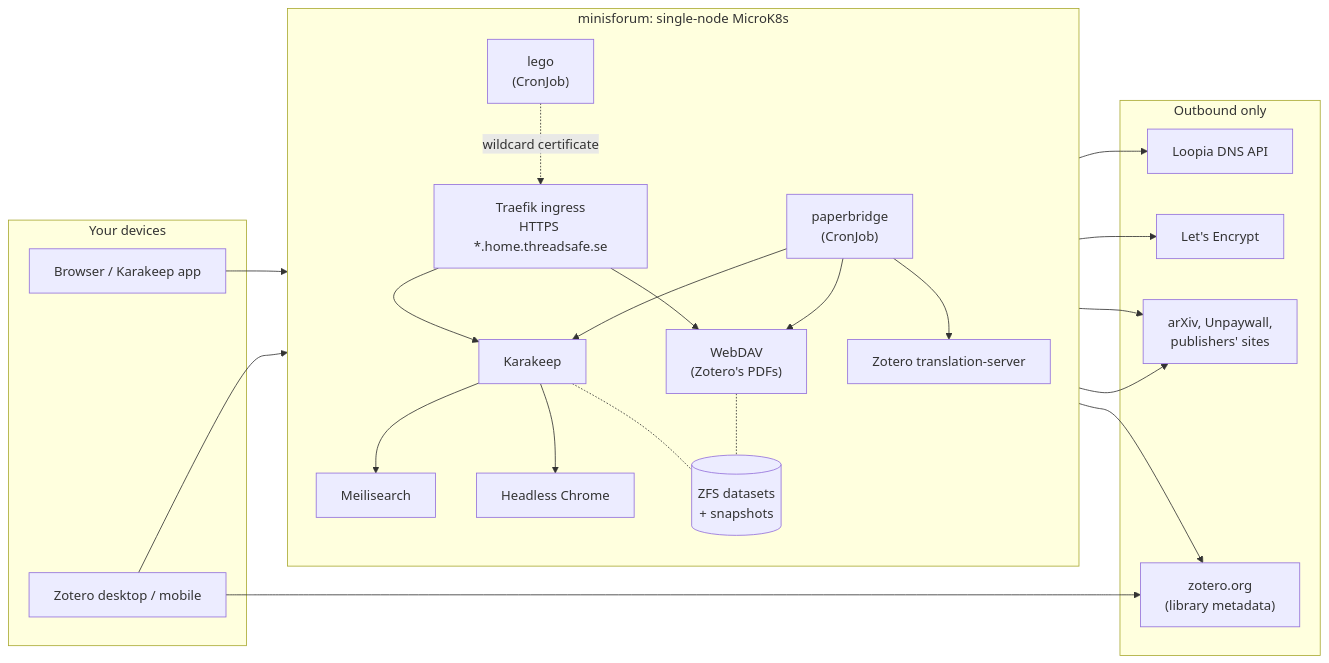
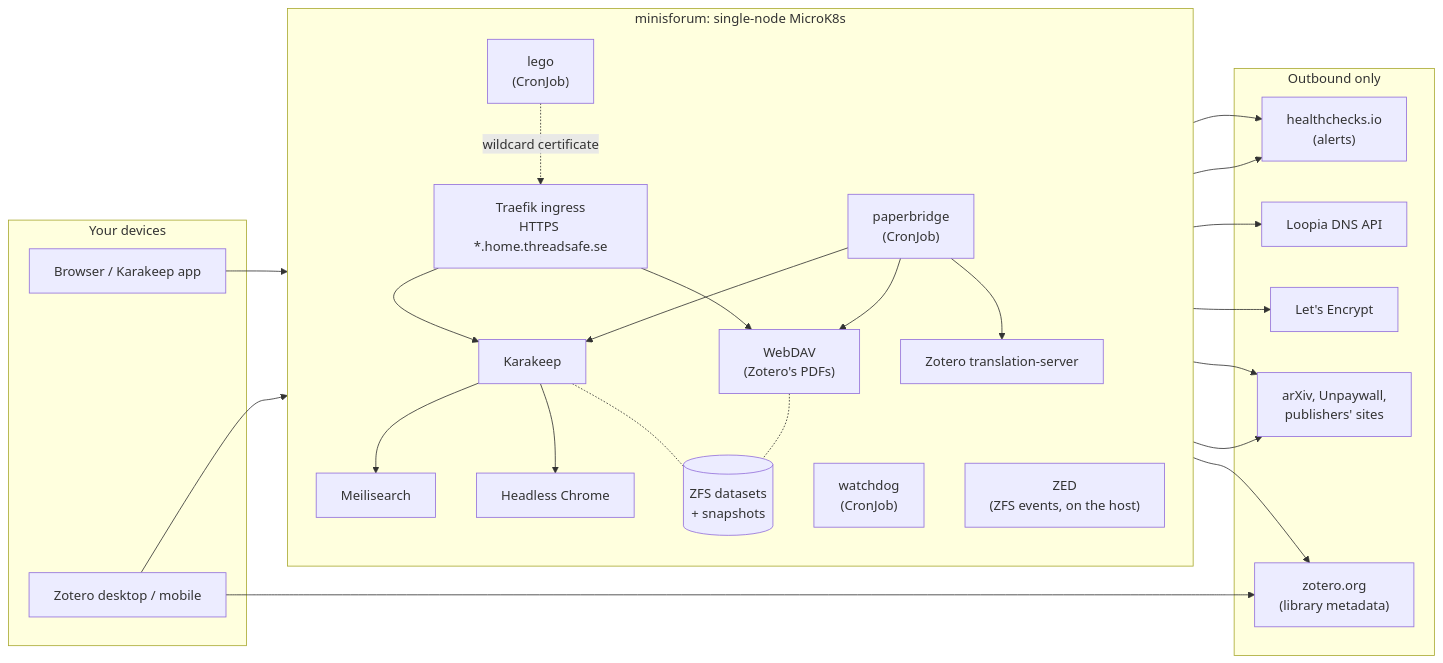
The diagram in README.md (mufflon/HomeLab), drawn with Mermaid before and after one commit. The commit also changed other lines of this file and 13 other files, not shown here.

First line of the commit message:
Alerts: a watchdog CronJob and ZED, both reporting to healthchecks.io

````diff
--- a/README.md
+++ b/README.md
@@ -56,46 +56,51 @@
 ```mermaid
 flowchart LR
   subgraph clients["Your devices"]
     browser["Browser / Karakeep app"]
     zotero["Zotero desktop / mobile"]
   end
 
   subgraph server["minisforum: single-node MicroK8s"]
     direction TB
     traefik["Traefik ingress<br/>HTTPS *.home.threadsafe.se"]
     karakeep["Karakeep"]
     dav["WebDAV<br/>(Zotero's PDFs)"]
     meili["Meilisearch"]
     chrome["Headless Chrome"]
     bridge["paperbridge<br/>(CronJob)"]
     ts["Zotero translation-server"]
     lego["lego<br/>(CronJob)"]
+    watchdog["watchdog<br/>(CronJob)"]
     zfs[("ZFS datasets<br/>+ snapshots")]
+    zed["ZED<br/>(ZFS events, on the host)"]
   end
 
   subgraph internet["Outbound only"]
     zoteroorg["zotero.org<br/>(library metadata)"]
     papers["arXiv, Unpaywall,<br/>publishers' sites"]
     le["Let's Encrypt"]
     loopia["Loopia DNS API"]
+    hc["healthchecks.io<br/>(alerts)"]
   end
 
   browser --> traefik
   zotero --> traefik
   traefik --> karakeep
   traefik --> dav
   karakeep --> meili
   karakeep --> chrome
   bridge --> karakeep
   bridge --> dav
   bridge --> ts
   bridge --> zoteroorg
   bridge --> papers
   ts --> papers
   zotero --> zoteroorg
   lego --> le
   lego --> loopia
   lego -. "wildcard certificate" .-> traefik
   karakeep -.- zfs
   dav -.- zfs
+  watchdog --> hc
+  zed --> hc
 ```
````
